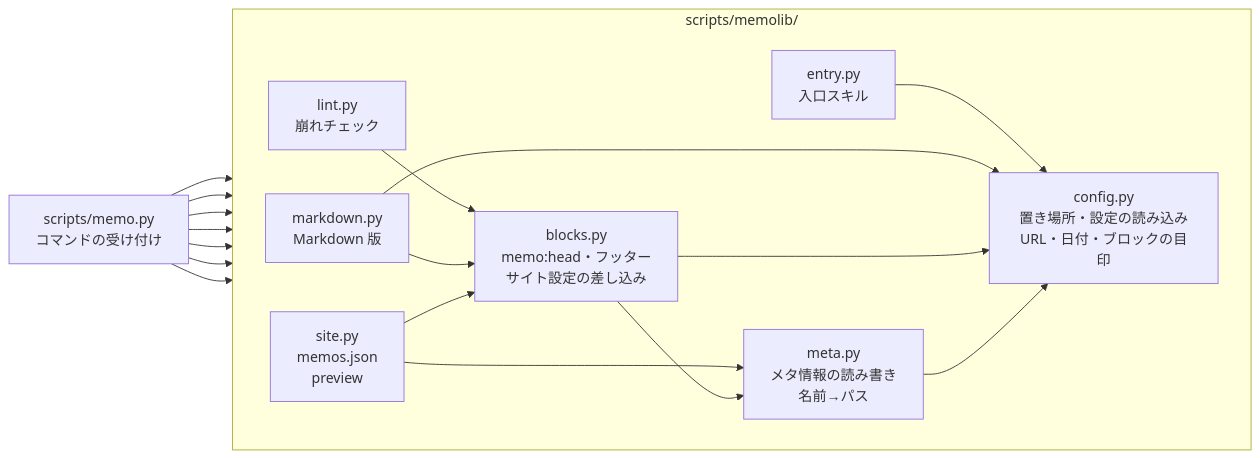
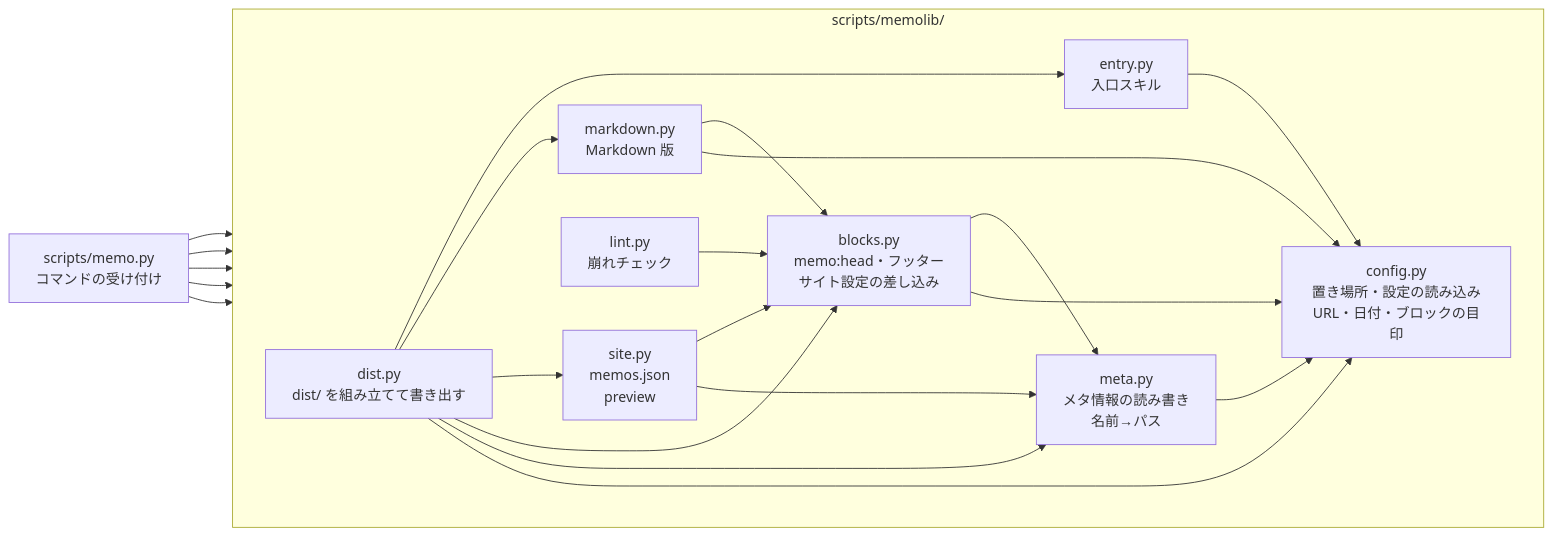
The eighth of 8 diagrams in memo-detail.md (taka1156/back-of-the-flyer), drawn with Mermaid before and after one commit. The commit also changed other lines of this file and 41 other files, not shown here.

````diff
--- a/memo-detail.md
+++ b/memo-detail.md
@@ -386,24 +403,26 @@
 ```mermaid
 flowchart LR
   cli["scripts/memo.py<br/>コマンドの受け付け"]
   subgraph lib["scripts/memolib/"]
     direction LR
     config["config.py<br/>置き場所・設定の読み込み<br/>URL・日付・ブロックの目印"]
     entry["entry.py<br/>入口スキル"]
     meta["meta.py<br/>メタ情報の読み書き<br/>名前→パス"]
     blocks["blocks.py<br/>memo:head・フッター<br/>サイト設定の差し込み"]
     lint["lint.py<br/>崩れチェック"]
     md["markdown.py<br/>Markdown 版"]
     site["site.py<br/>memos.json<br/>preview"]
+    dist["dist.py<br/>dist/ を組み立てて書き出す"]
   end
-  cli --> lint & md & site & meta & blocks & config & entry
+  cli --> dist & lint & site & meta & config
+  dist --> entry & md & site & blocks & meta & config
   entry --> config
   lint --> blocks
   md --> blocks
   site --> blocks
   site --> meta
   blocks --> meta
   md --> config
   blocks --> config
   meta --> config
 ```
````
